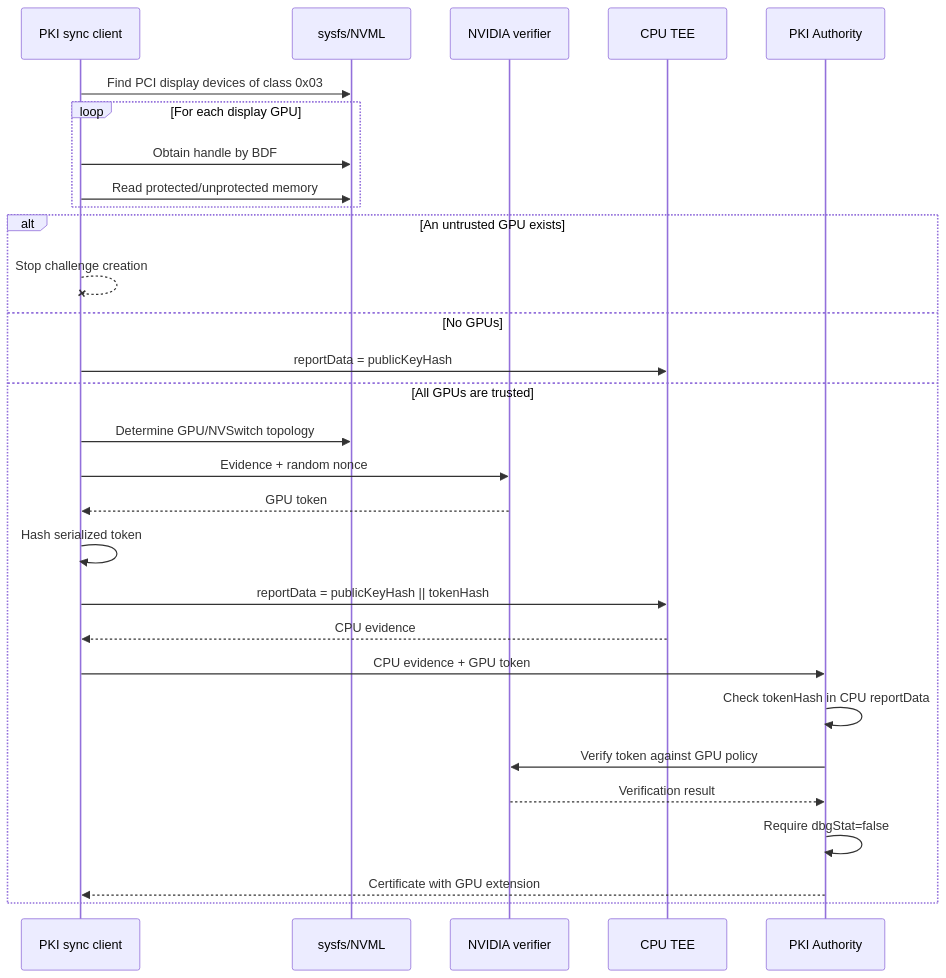
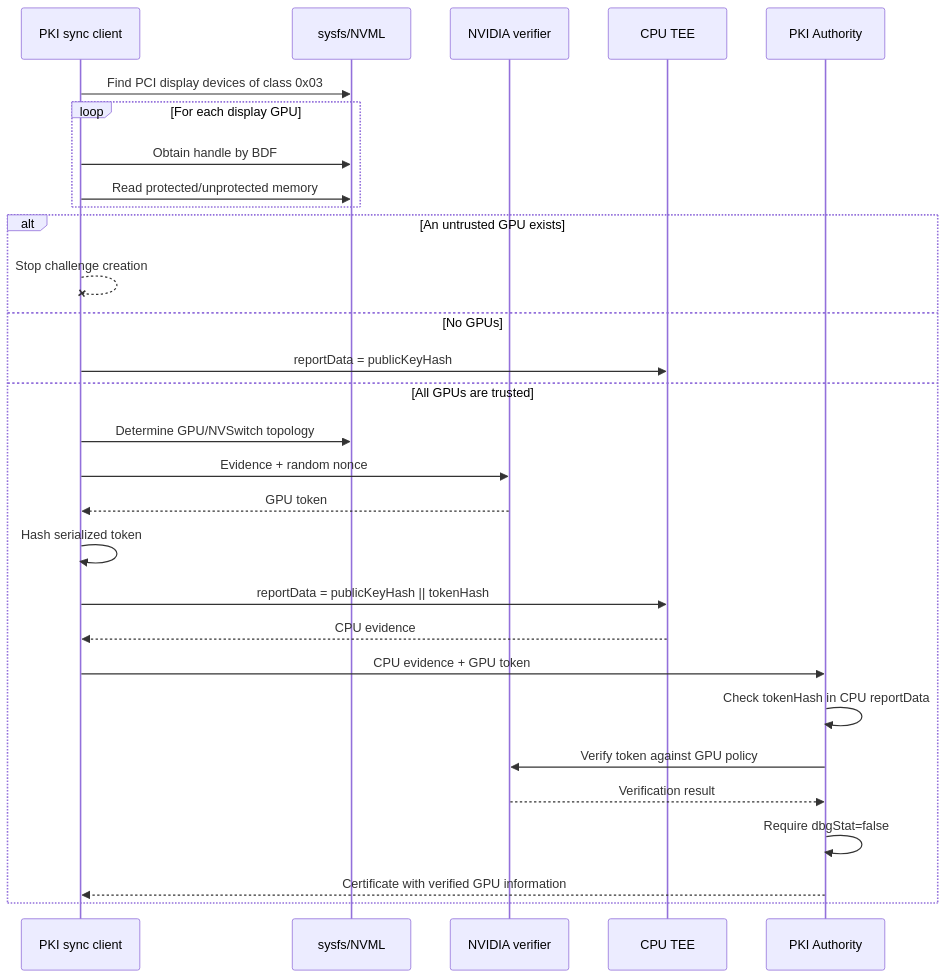
The diagram in docs/05-nvidia-gpu-attestation.md (Super-Protocol/sp-vm), drawn with Mermaid before and after one commit. The commit also changed other lines of this file and 9 other files, not shown here.

````diff
--- a/docs/05-nvidia-gpu-attestation.md
+++ b/docs/05-nvidia-gpu-attestation.md
@@ -15,32 +15,32 @@
 ```mermaid
 sequenceDiagram
     participant VM as PKI sync client
     participant PCI as sysfs/NVML
     participant NRAS as NVIDIA verifier
     participant CPU as CPU TEE
     participant PKI as PKI Authority
 
     VM->>PCI: Find PCI display devices of class 0x03
     loop For each display GPU
         VM->>PCI: Obtain handle by BDF
         VM->>PCI: Read protected/unprotected memory
     end
     alt An untrusted GPU exists
         VM--xVM: Stop challenge creation
     else No GPUs
         VM->>CPU: reportData = publicKeyHash
     else All GPUs are trusted
         VM->>PCI: Determine GPU/NVSwitch topology
         VM->>NRAS: Evidence + random nonce
         NRAS-->>VM: GPU token
         VM->>VM: Hash serialized token
         VM->>CPU: reportData = publicKeyHash || tokenHash
         CPU-->>VM: CPU evidence
         VM->>PKI: CPU evidence + GPU token
         PKI->>PKI: Check tokenHash in CPU reportData
         PKI->>NRAS: Verify token against GPU policy
         NRAS-->>PKI: Verification result
         PKI->>PKI: Require dbgStat=false
-        PKI-->>VM: Certificate with GPU extension
+        PKI-->>VM: Certificate with verified GPU information
     end
 ```
````
